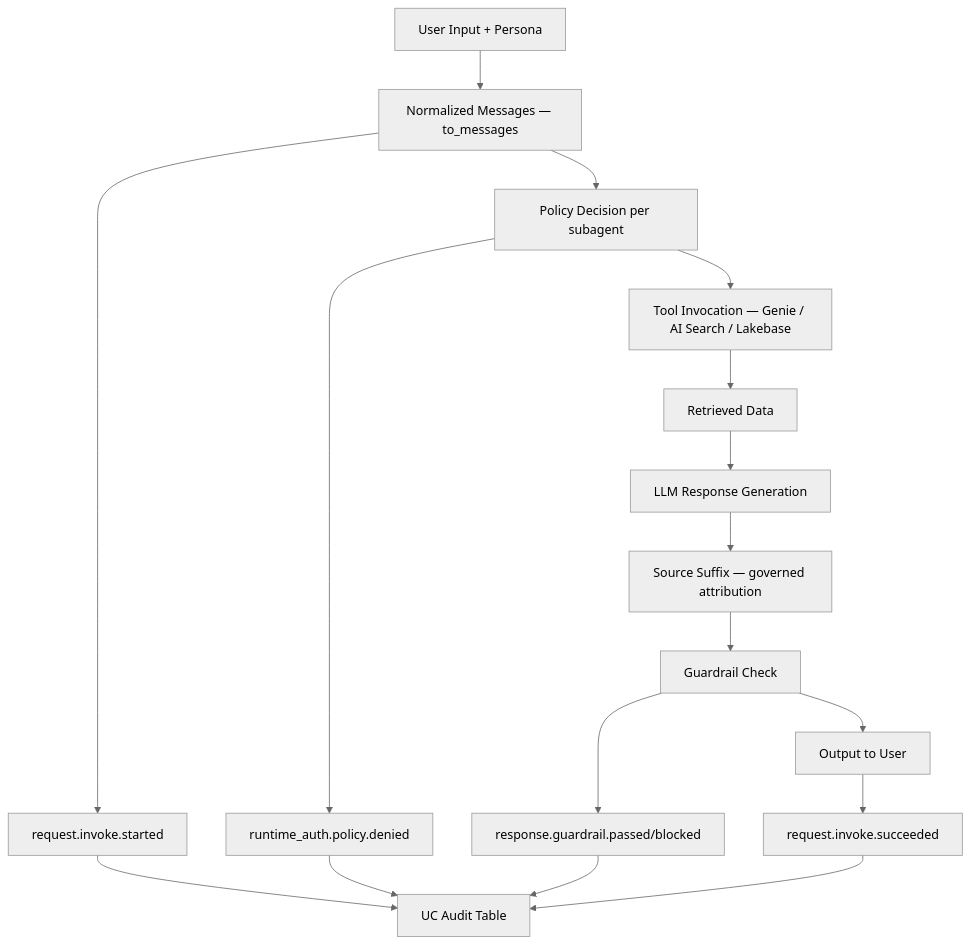
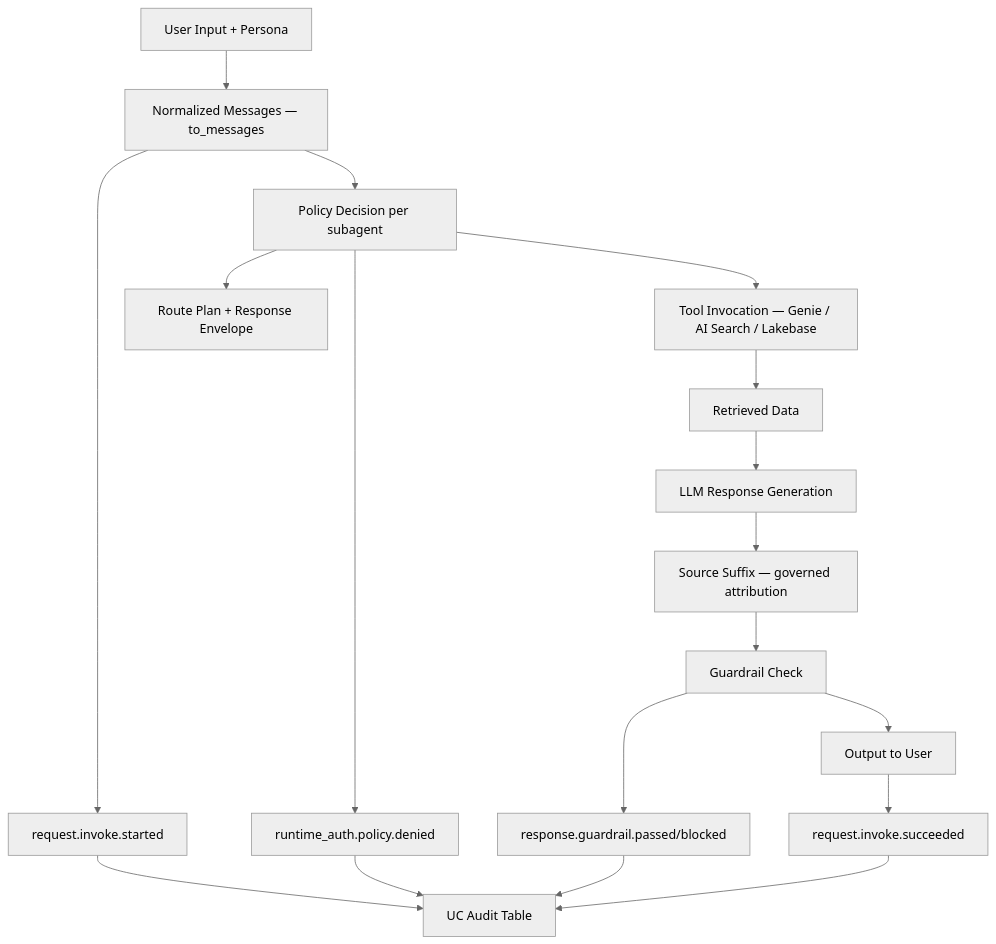
Before and after one commit to wchen-dea/Governed-Multi-Agent-Intelligence-on-Databricks: the third of 4 diagrams in docs/architecture/design-artifacts/03-logical-high-level.md, drawn with Mermaid (neutral theme). The commit also changed other lines of this file and 33 other files, not shown here.

````diff
--- a/docs/architecture/design-artifacts/03-logical-high-level.md
+++ b/docs/architecture/design-artifacts/03-logical-high-level.md
@@ -62,20 +62,21 @@
 ```mermaid
 flowchart TD
     I[User Input + Persona] --> N[Normalized Messages — to_messages]
     N --> P[Policy Decision per subagent]
     P --> T[Tool Invocation — Genie / AI Search / Lakebase]
+    P --> RP[Route Plan + Response Envelope]
     T --> R[Retrieved Data]
     R --> G[LLM Response Generation]
     G --> SRC[Source Suffix — governed attribution]
     SRC --> GR[Guardrail Check]
     GR --> O[Output to User]
 
     N --> E1[request.invoke.started]
     P --> E2[runtime_auth.policy.denied]
     GR --> E3[response.guardrail.passed/blocked]
     O --> E4[request.invoke.succeeded]
     E1 --> L[UC Audit Table]
     E2 --> L
     E3 --> L
     E4 --> L
 ```
````
